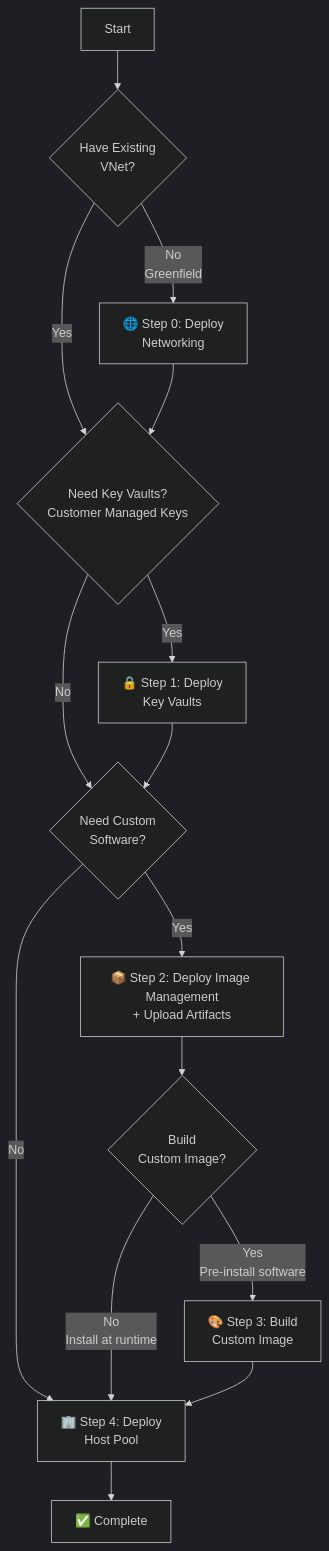
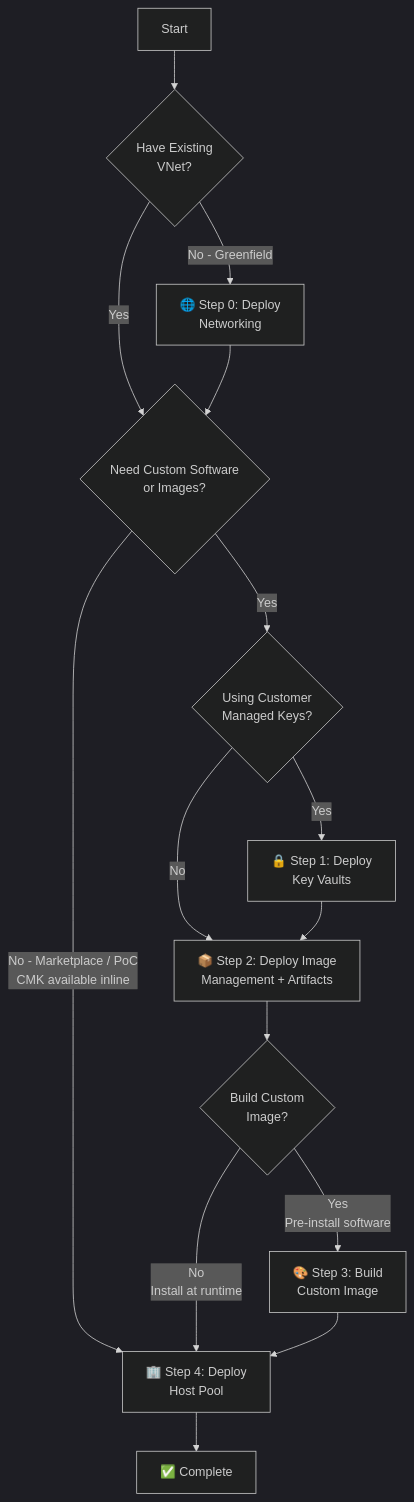
Before and after one commit to Azure/FederalAVD: the diagram in docs/quickStart.md, drawn with Mermaid (dark theme). The commit also changed other lines of this file and 8 other files, not shown here.

````diff
--- a/docs/quickStart.md
+++ b/docs/quickStart.md
@@ -11,17 +11,17 @@
 ```mermaid
 graph TD
     A[Start] --> B{Have Existing<br/>VNet?}
-    B -->|No<br/>Greenfield| C[🌐 Step 0: Deploy<br/>Networking]
-    B -->|Yes| SEC
-    C --> SEC
-    SEC{Need Key Vaults?<br/>Customer Managed Keys} -->|Yes| KV[🔒 Step 1: Deploy<br/>Key Vaults]
-    SEC -->|No| D
-    KV --> D{Need Custom<br/>Software?}
-    D -->|Yes| E[📦 Step 2: Deploy Image Management<br/>+ Upload Artifacts]
-    D -->|No| I
-    E --> G{Build<br/>Custom Image?}
-    G -->|Yes<br/>Pre-install software| H[🎨 Step 3: Build<br/>Custom Image]
-    G -->|No<br/>Install at runtime| I
-    H --> I[🏢 Step 4: Deploy<br/>Host Pool]
-    I --> J[✅ Complete]
+    B -->|No - Greenfield| C[🌐 Step 0: Deploy<br/>Networking]
+    B -->|Yes| CUST
+    C --> CUST
+    CUST{Need Custom Software<br/>or Images?} -->|No - Marketplace / PoC<br/>CMK available inline| HP
+    CUST -->|Yes| CMK{Using Customer<br/>Managed Keys?}
+    CMK -->|Yes| KV[🔒 Step 1: Deploy<br/>Key Vaults]
+    CMK -->|No| IMG
+    KV --> IMG[📦 Step 2: Deploy Image<br/>Management + Artifacts]
+    IMG --> BUILD{Build Custom<br/>Image?}
+    BUILD -->|Yes<br/>Pre-install software| IB[🎨 Step 3: Build<br/>Custom Image]
+    BUILD -->|No<br/>Install at runtime| HP
+    IB --> HP[🏢 Step 4: Deploy<br/>Host Pool]
+    HP --> J[✅ Complete]
 ```
````
